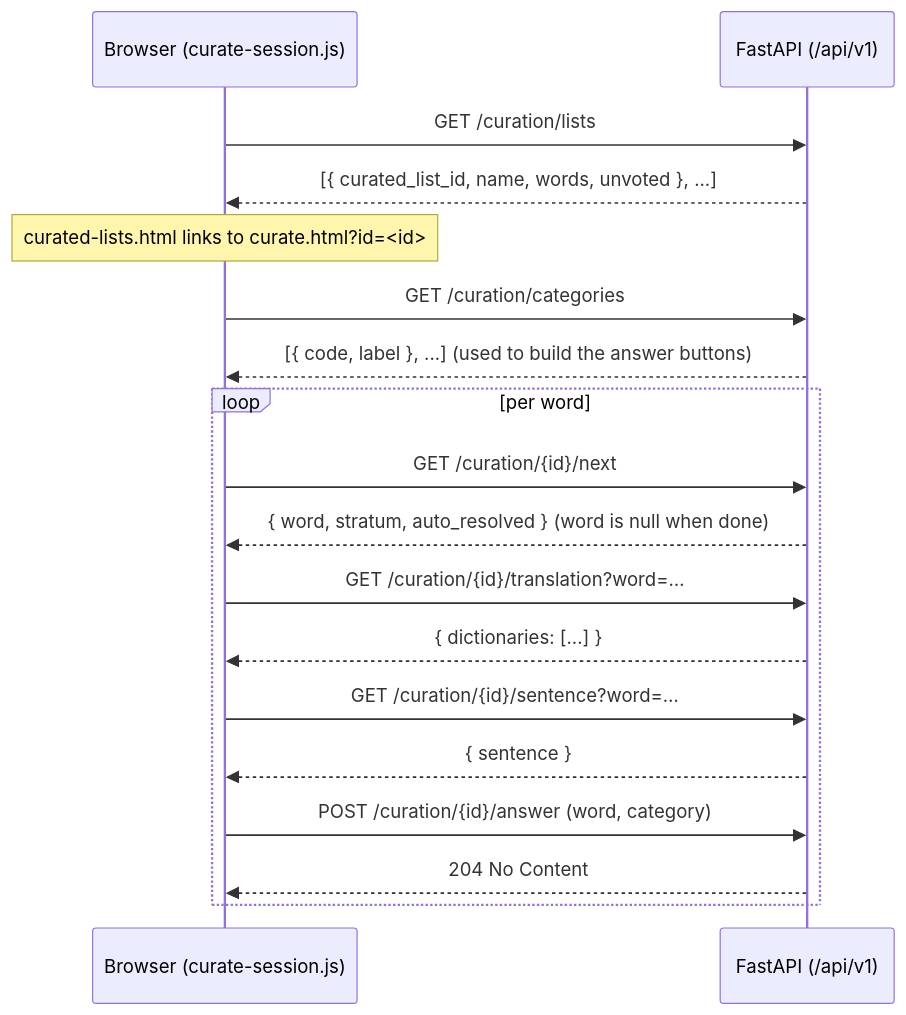
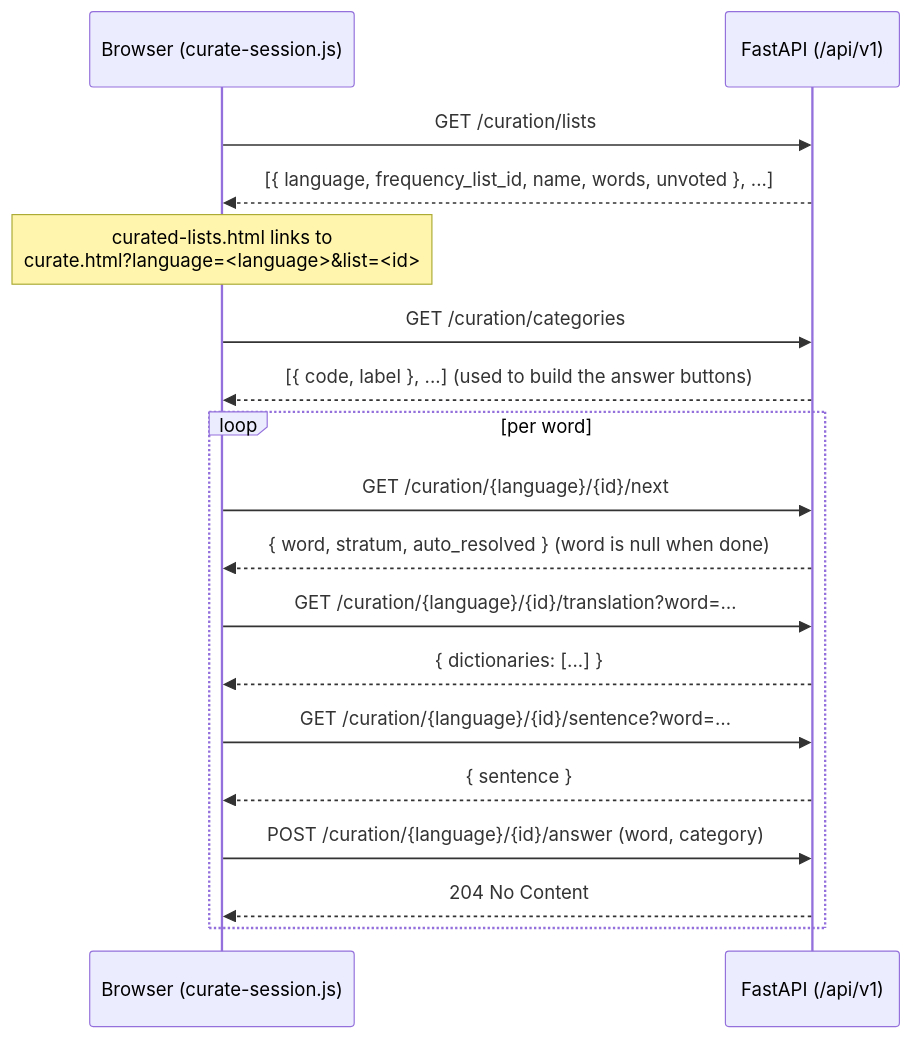
The third of 3 diagrams in web/README.md (enzet/Emmio), drawn with Mermaid before and after one commit. The commit also changed other lines of this file and 4 other files, not shown here.

Commit message:
Change curated list identifier to string

````diff
--- a/web/README.md
+++ b/web/README.md
@@ -189,23 +192,23 @@
 ```mermaid
 sequenceDiagram
     participant B as Browser (curate-session.js)
     participant A as FastAPI (/api/v1)
 
     B->>A: GET /curation/lists
-    A-->>B: [{ curated_list_id, name, words, unvoted }, ...]
-    Note over B: curated-lists.html links to curate.html?id=<id>
+    A-->>B: [{ language, frequency_list_id, name, words, unvoted }, ...]
+    Note over B: curated-lists.html links to<br/>curate.html?language=<language>&list=<id>
 
     B->>A: GET /curation/categories
     A-->>B: [{ code, label }, ...]  (used to build the answer buttons)
 
     loop per word
-        B->>A: GET /curation/{id}/next
+        B->>A: GET /curation/{language}/{id}/next
         A-->>B: { word, stratum, auto_resolved }  (word is null when done)
-        B->>A: GET /curation/{id}/translation?word=…
+        B->>A: GET /curation/{language}/{id}/translation?word=…
         A-->>B: { dictionaries: [...] }
-        B->>A: GET /curation/{id}/sentence?word=…
+        B->>A: GET /curation/{language}/{id}/sentence?word=…
         A-->>B: { sentence }
-        B->>A: POST /curation/{id}/answer (word, category)
+        B->>A: POST /curation/{language}/{id}/answer (word, category)
         A-->>B: 204 No Content
     end
 ```
````
